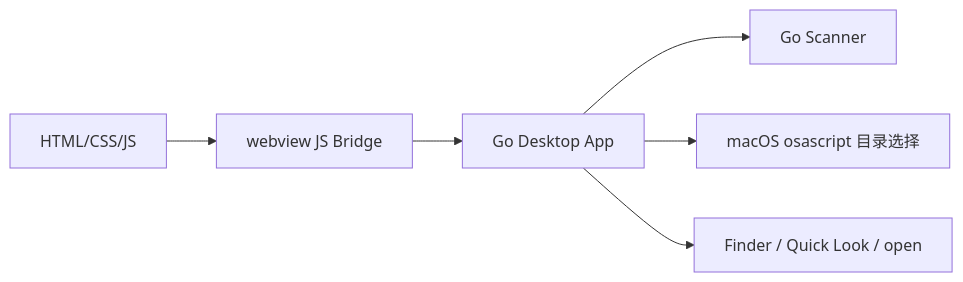
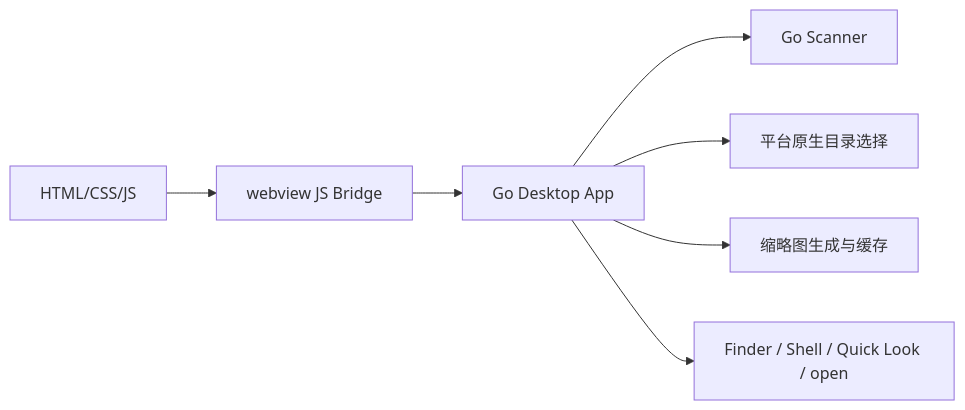
The first of 2 diagrams in README.md (snow95812/CompareFile), drawn with Mermaid before and after one commit. The commit also changed other lines of this file and 11 other files, not shown here.

````diff
--- a/README.md
+++ b/README.md
@@ -95,8 +123,9 @@
 ```mermaid
 flowchart LR
   UI[HTML/CSS/JS] --> Bridge[webview JS Bridge]
   Bridge --> App[Go Desktop App]
   App --> Scan[Go Scanner]
-  App --> Dialog[macOS osascript 目录选择]
-  App --> Finder[Finder / Quick Look / open]
+  App --> Dialog[平台原生目录选择]
+  App --> Media[缩略图生成与缓存]
+  App --> Shell[Finder / Shell / Quick Look / open]
 ```
````
